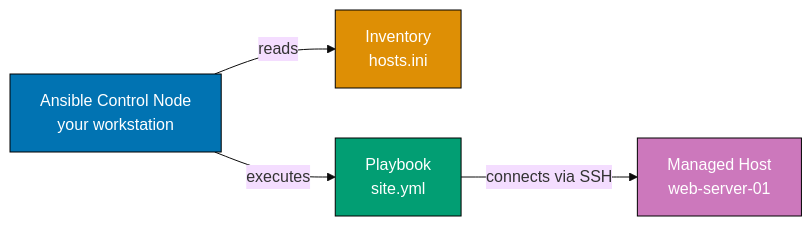
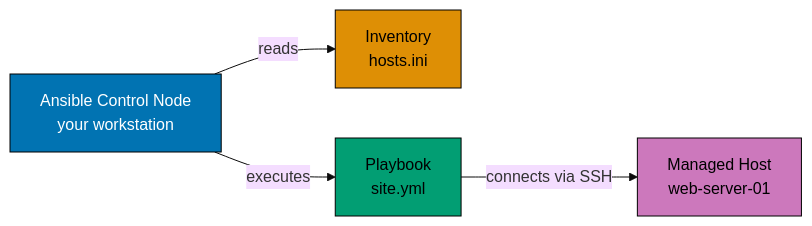
The ninth of 9 diagrams in apps/ayokoding-www/content/en/learn/legacy/software-engineering/infrastructure/infrastructure-as-code/by-example/beginner.md (wahidyankf/ose-public), drawn with Mermaid (base theme) before and after one commit. The commit also changed other lines of this file and 131 other files, not shown here.

First line of the commit message:
fix(mermaid): bring the legacy data, infrastructure, and testing diagrams onto the accessible palette

````diff
--- a/apps/ayokoding-www/content/en/learn/legacy/software-engineering/infrastructure/infrastructure-as-code/by-example/beginner.md
+++ b/apps/ayokoding-www/content/en/learn/legacy/software-engineering/infrastructure/infrastructure-as-code/by-example/beginner.md
@@ -1277,16 +1330,23 @@
 ```mermaid
 graph LR
+    accTitle: Example 27: Ansible Playbook Structure
+    accDescr: Graph with 4 nodes and 3 connections. Nodes: Ansible Control Node your workstation, Inventory hosts.ini, Playbook site.yml, Managed Host web-server-01. Connections: Ansible Control Node your workstation to Inventory hosts.ini (reads), Ansible Control Node your workstation to Playbook site.yml (executes), Playbook site.yml to Managed Host web-server-01 (connects via SSH).
     A["Ansible Control Node<br/>your workstation"]
     B["Inventory<br/>hosts.ini"]
     C["Playbook<br/>site.yml"]
     D["Managed Host<br/>web-server-01"]
 
     A -->|reads| B
     A -->|executes| C
     C -->|connects via SSH| D
 
-    style A fill:#0173B2,stroke:#000,color:#fff
-    style B fill:#DE8F05,stroke:#000,color:#fff
-    style C fill:#029E73,stroke:#000,color:#fff
-    style D fill:#CC78BC,stroke:#000,color:#fff
+    classDef pal-0173B2 fill:#0173B2,stroke:#000000,color:#FFFFFF
+    class A pal-0173B2
+    classDef pal-DE8F05 fill:#DE8F05,stroke:#000000,color:#000000
+    class B pal-DE8F05
+    classDef pal-029E73 fill:#029E73,stroke:#000000,color:#000000
+    class C pal-029E73
+    classDef pal-CC78BC fill:#CC78BC,stroke:#000000,color:#000000
+    class D pal-CC78BC
+    classDef default fill:#FFFFFF,stroke:#000000,color:#000000
 ```
````
